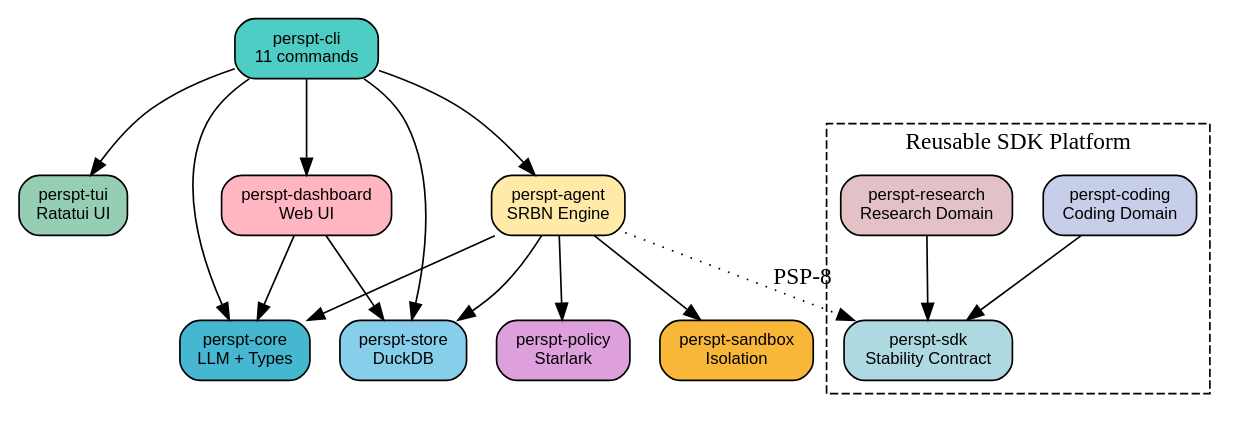
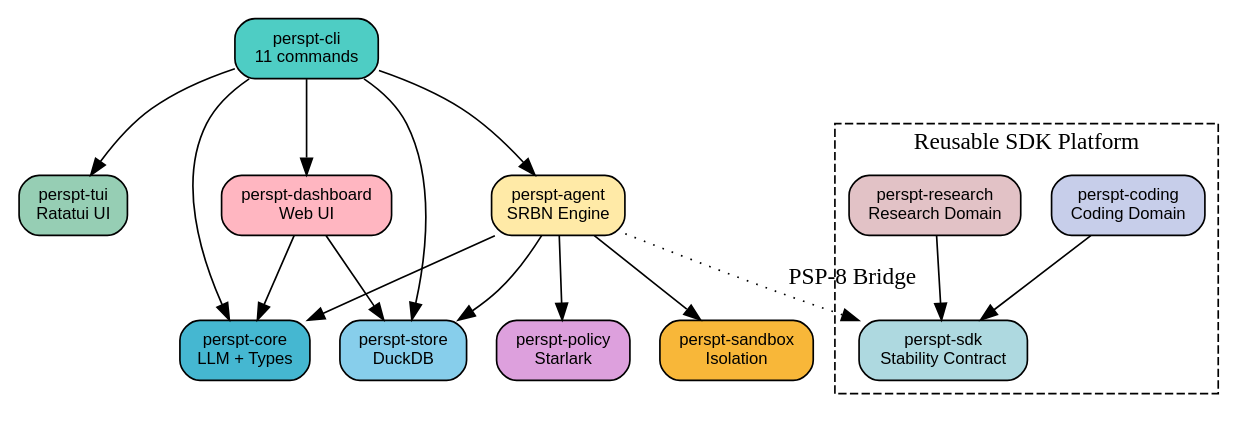
The diagram in docs/perspt_book/source/concepts/workspace-crates.rst (eonseed/perspt), drawn with Graphviz before and after one commit. The commit also changed other lines of this file and 3 other files, not shown here.

Commit message:
docs(book): update core concepts to align with PSP-8 and SRBN architecture

```diff
--- a/docs/perspt_book/source/concepts/workspace-crates.rst
+++ b/docs/perspt_book/source/concepts/workspace-crates.rst
@@ -14,40 +10,40 @@
 .. graphviz::
    :align: center
    :caption: Crate Dependencies
 
    digraph deps {
        rankdir=TB;
        node [shape=box, style="rounded,filled", fontname="Helvetica", fontsize=10];
 
        cli [label="perspt-cli\n11 commands", fillcolor="#4ECDC4"];
        tui [label="perspt-tui\nRatatui UI", fillcolor="#96CEB4"];
        agent [label="perspt-agent\nSRBN Engine", fillcolor="#FFEAA7"];
        core [label="perspt-core\nLLM + Types", fillcolor="#45B7D1"];
        store [label="perspt-store\nDuckDB", fillcolor="#87CEEB"];
        policy [label="perspt-policy\nStarlark", fillcolor="#DDA0DD"];
        sandbox [label="perspt-sandbox\nIsolation", fillcolor="#F8B739"];
        dashboard [label="perspt-dashboard\nWeb UI", fillcolor="#FFB6C1"];
 
        subgraph cluster_sdk {
            label="Reusable SDK Platform";
            style=dashed;
            sdk [label="perspt-sdk\nStability Contract", fillcolor="#AED9E0"];
            coding [label="perspt-coding\nCoding Domain", fillcolor="#C7CEEA"];
            research [label="perspt-research\nResearch Domain", fillcolor="#E2C2C6"];
        }
 
        cli -> tui;
        cli -> agent;
        cli -> core;
        cli -> store;
        cli -> dashboard;
        agent -> core;
        agent -> store;
        agent -> policy;
        agent -> sandbox;
-       agent -> sdk [style=dotted, label="PSP-8"];
+       agent -> sdk [style=dotted, label="PSP-8 Bridge"];
        coding -> sdk;
        research -> sdk;
        dashboard -> store;
        dashboard -> core;
    }
```
